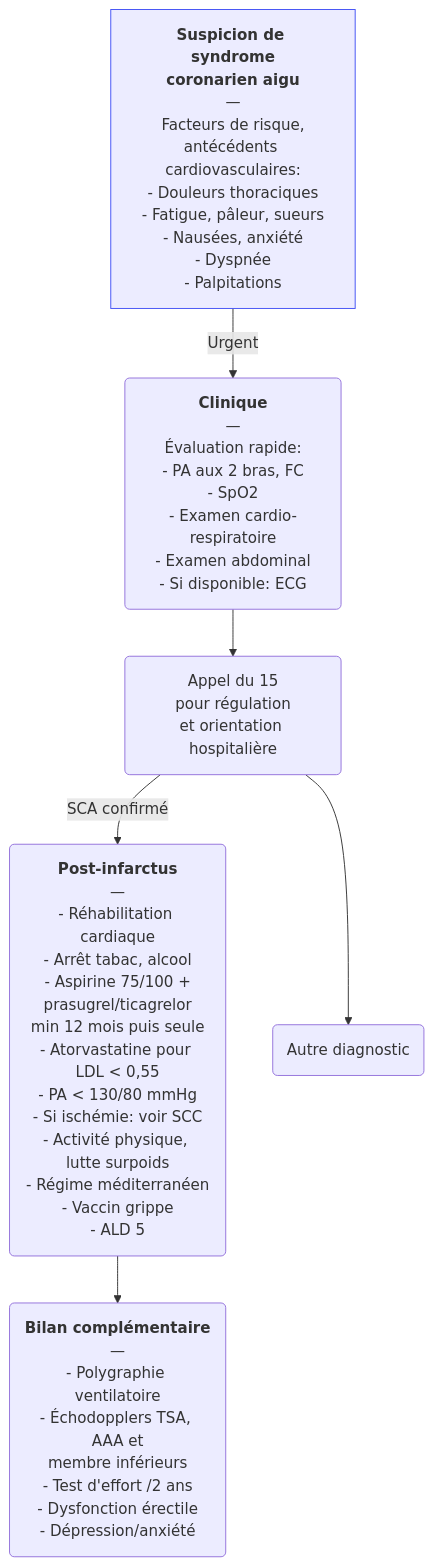
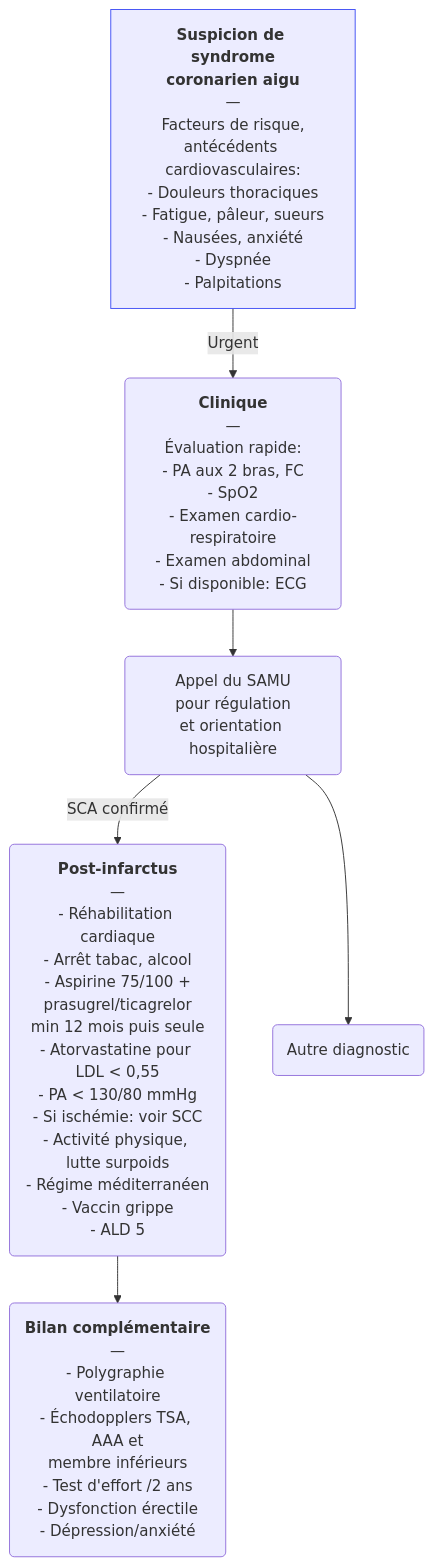
The diagram in content/recommandations/syndrome-coronarien-aigu.md (djibe/recommandations-medicales), drawn with Mermaid before and after one commit. The commit also changed other lines of this file and 35 other files, not shown here.

```diff
--- a/content/recommandations/syndrome-coronarien-aigu.md
+++ b/content/recommandations/syndrome-coronarien-aigu.md
@@ -260,6 +260,6 @@
 {{< mermaid title="Prise en charge de la suspicion de syndrome coronarien aigu par le médecin généraliste. Dr JB Fron d'après ESC 2023 et HAS" >}}
 graph TB
-  syndrome["<b>Suspicion de syndrome<br>coronarien aigu</b><br>—<br>Facteurs de risque,<br>antécédents cardiovasculaires:<br>- Douleurs thoraciques<br>- Fatigue, pâleur, sueurs<br>- Nausées, anxiété<br>- Dyspnée<br>- Palpitations"] -- Urgent --> clinique("<b>Clinique</b><br>—<br>Évaluation rapide:<br>- PA aux 2 bras, FC<br>- SpO2<br>- Examen cardio-respiratoire<br>- Examen abdominal<br>- Si disponible: ECG") --> SAMU("Appel du 15<br>pour régulation<br>et orientation hospitalière") -- SCA confirmé --> postIDM("<b>Post-infarctus</b><br>—<br>- Réhabilitation cardiaque<br>- Arrêt tabac, alcool<br>- Aspirine 75/100 +<br>prasugrel/ticagrelor<br>min 12 mois puis seule<br>- Atorvastatine pour LDL &lt; 0,55<br>- PA &lt; 130/80 mmHg<br>- Si ischémie: voir SCC<br>- Activité physique, lutte surpoids<br>- Régime méditerranéen<br>- Vaccin grippe<br>- ALD 5") --> bilan("<b>Bilan complémentaire</b><br>—<br>- Polygraphie ventilatoire<br>- Échodopplers TSA, AAA et<br>membre inférieurs<br>- Test d'effort /2 ans<br>- Dysfonction érectile<br>- Dépression/anxiété")
+  syndrome["<b>Suspicion de syndrome<br>coronarien aigu</b><br>—<br>Facteurs de risque,<br>antécédents cardiovasculaires:<br>- Douleurs thoraciques<br>- Fatigue, pâleur, sueurs<br>- Nausées, anxiété<br>- Dyspnée<br>- Palpitations"] -- Urgent --> clinique("<b>Clinique</b><br>—<br>Évaluation rapide:<br>- PA aux 2 bras, FC<br>- SpO2<br>- Examen cardio-respiratoire<br>- Examen abdominal<br>- Si disponible: ECG") --> SAMU("Appel du SAMU<br>pour régulation<br>et orientation hospitalière") -- SCA confirmé --> postIDM("<b>Post-infarctus</b><br>—<br>- Réhabilitation cardiaque<br>- Arrêt tabac, alcool<br>- Aspirine 75/100 +<br>prasugrel/ticagrelor<br>min 12 mois puis seule<br>- Atorvastatine pour LDL &lt; 0,55<br>- PA &lt; 130/80 mmHg<br>- Si ischémie: voir SCC<br>- Activité physique, lutte surpoids<br>- Régime méditerranéen<br>- Vaccin grippe<br>- ALD 5") --> bilan("<b>Bilan complémentaire</b><br>—<br>- Polygraphie ventilatoire<br>- Échodopplers TSA, AAA et<br>membre inférieurs<br>- Test d'effort /2 ans<br>- Dysfonction érectile<br>- Dépression/anxiété")
     SAMU --> autre(Autre diagnostic)
   style syndrome stroke:#4150f5, stroke-width:1px
 {{< /mermaid >}}
```
